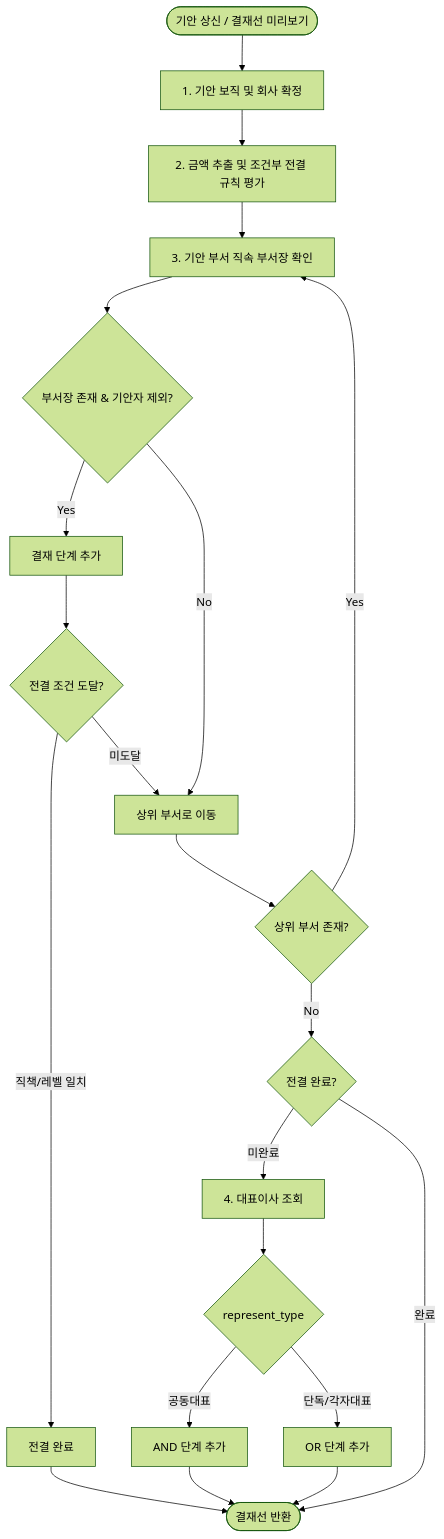
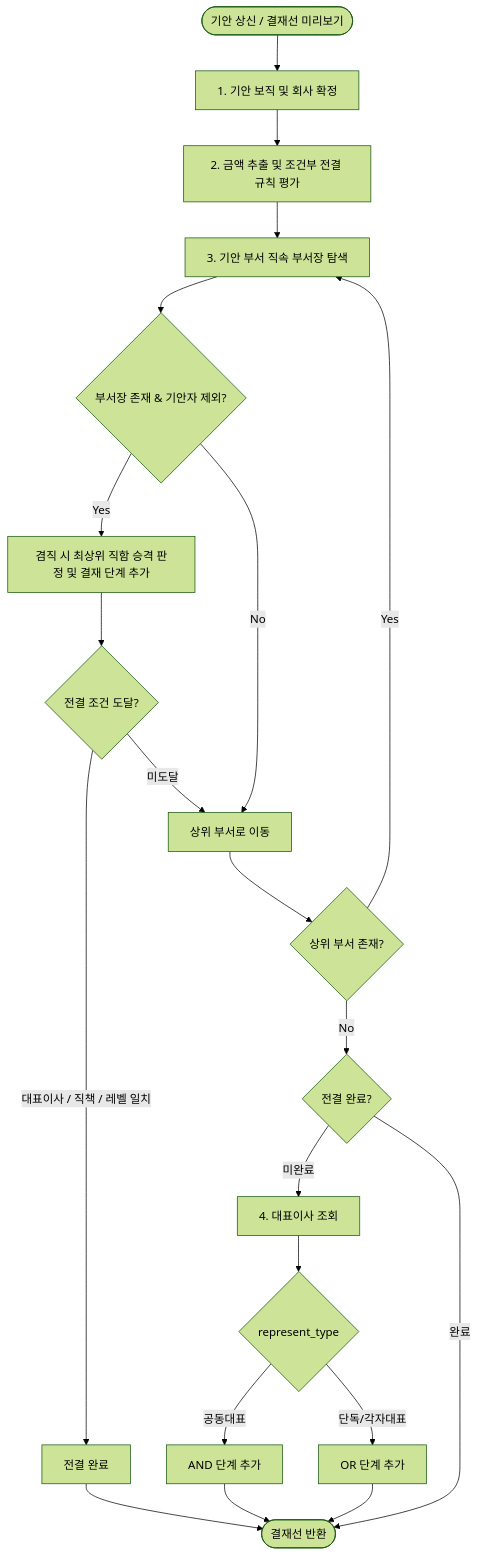
Before and after one commit to nc2U/ibs: the diagram in .agents/artifacts/approval_system_roadmap.md, drawn with Mermaid (forest theme). The commit also changed other lines of this file and 1 other file, not shown here.

````diff
--- a/.agents/artifacts/approval_system_roadmap.md
+++ b/.agents/artifacts/approval_system_roadmap.md
@@ -130,23 +130,23 @@
 ```mermaid
 flowchart TD
     Start([기안 상신 / 결재선 미리보기]) --> A[1. 기안 보직 및 회사 확정]
     A --> B[2. 금액 추출 및 조건부 전결 규칙 평가]
-    B --> C[3. 기안 부서 직속 부서장 확인]
+    B --> C[3. 기안 부서 직속 부서장 탐색]
     C --> D{부서장 존재 & 기안자 제외?}
-    D -- Yes --> E[결재 단계 추가]
+    D -- Yes --> E[겸직 시 최상위 직함 승격 판정 및 결재 단계 추가]
     D -- No --> G[상위 부서로 이동]
     E --> F{전결 조건 도달?}
-    F -- "직책/레벨 일치" --> FinalReached[전결 완료]
+    F -- "대표이사 / 직책 / 레벨 일치" --> FinalReached[전결 완료]
     F -- "미도달" --> G
     G --> H{상위 부서 존재?}
     H -- Yes --> C
     H -- No --> I{전결 완료?}
     FinalReached --> Output([결재선 반환])
     I -- "미완료" --> J[4. 대표이사 조회]
     J --> K{represent_type}
     K -- "공동대표" --> L[AND 단계 추가]
     K -- "단독/각자대표" --> M[OR 단계 추가]
     L --> Output
     M --> Output
     I -- "완료" --> Output
 ```
````
